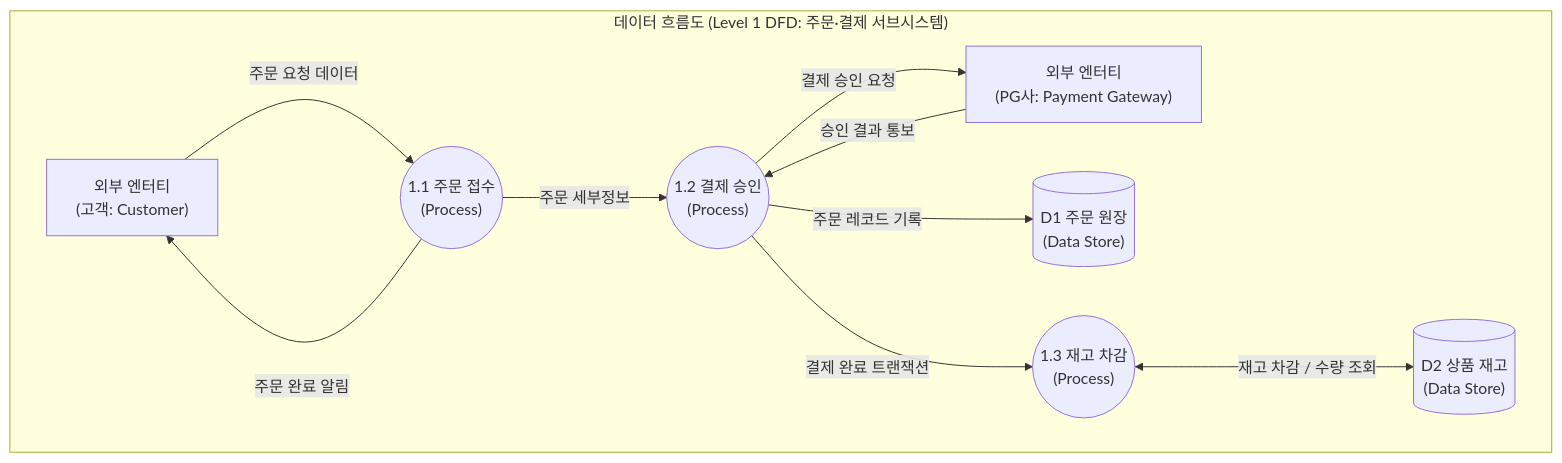
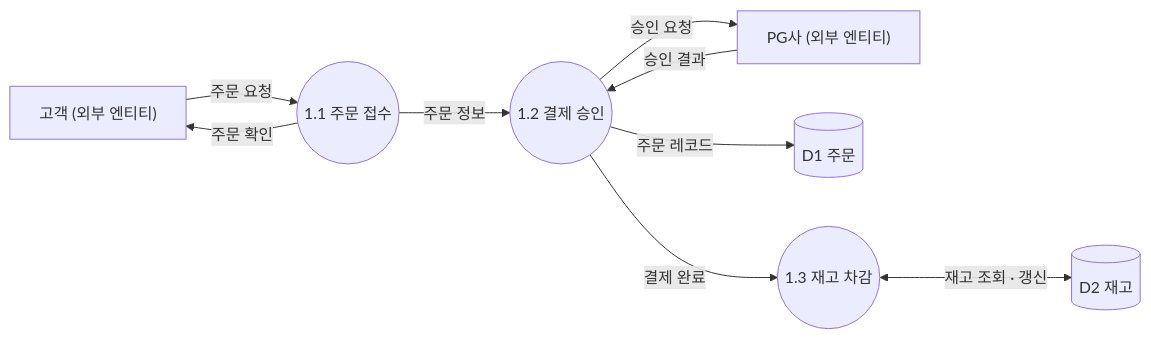
The diagram in content/01_IT Tech/데이터 흐름도.md (supremethumb/supremethumb.github.io), drawn with Mermaid before and after one commit. The commit also changed other lines of this file and 1087 other files, not shown here.

````diff
--- a/content/01_IT Tech/데이터 흐름도.md
+++ b/content/01_IT Tech/데이터 흐름도.md
@@ -35,26 +36,11 @@
 ```mermaid
 flowchart LR
-    subgraph DFD_Level1["데이터 흐름도 (Level 1 DFD: 주문·결제 서브시스템)"]
-        direction LR
-        
-        EE1["외부 엔터티<br/>(고객: Customer)"]
-        EE2["외부 엔터티<br/>(PG사: Payment Gateway)"]
-
-        P1(("1.1 주문 접수<br/>(Process)"))
-        P2(("1.2 결제 승인<br/>(Process)"))
-        P3(("1.3 재고 차감<br/>(Process)"))
-
-        DS1[("D1 주문 원장<br/>(Data Store)")]
-        DS2[("D2 상품 재고<br/>(Data Store)")]
-
-        EE1 -->|"주문 요청 데이터"| P1
-        P1 -->|"주문 세부정보"| P2
-        P2 -->|"결제 승인 요청"| EE2
-        EE2 -->|"승인 결과 통보"| P2
-        P2 -->|"주문 레코드 기록"| DS1
-        P2 -->|"결제 완료 트랜잭션"| P3
-        P3 <-->|"재고 차감 / 수량 조회"| DS2
-        P1 -->|"주문 완료 알림"| EE1
-    end
-
+    C["고객 (외부 엔티티)"] -- "주문 요청" --> P1(("1.1 주문 접수"))
+    P1 -- "주문 정보" --> P2(("1.2 결제 승인"))
+    P2 -- "승인 요청" --> PG["PG사 (외부 엔티티)"]
+    PG -- "승인 결과" --> P2
+    P2 -- "주문 레코드" --> D1[("D1 주문")]
+    P2 -- "결제 완료" --> P3(("1.3 재고 차감"))
+    P3 <-- "재고 조회 · 갱신" --> D2[("D2 재고")]
+    P1 -- "주문 확인" --> C
 ```
````
